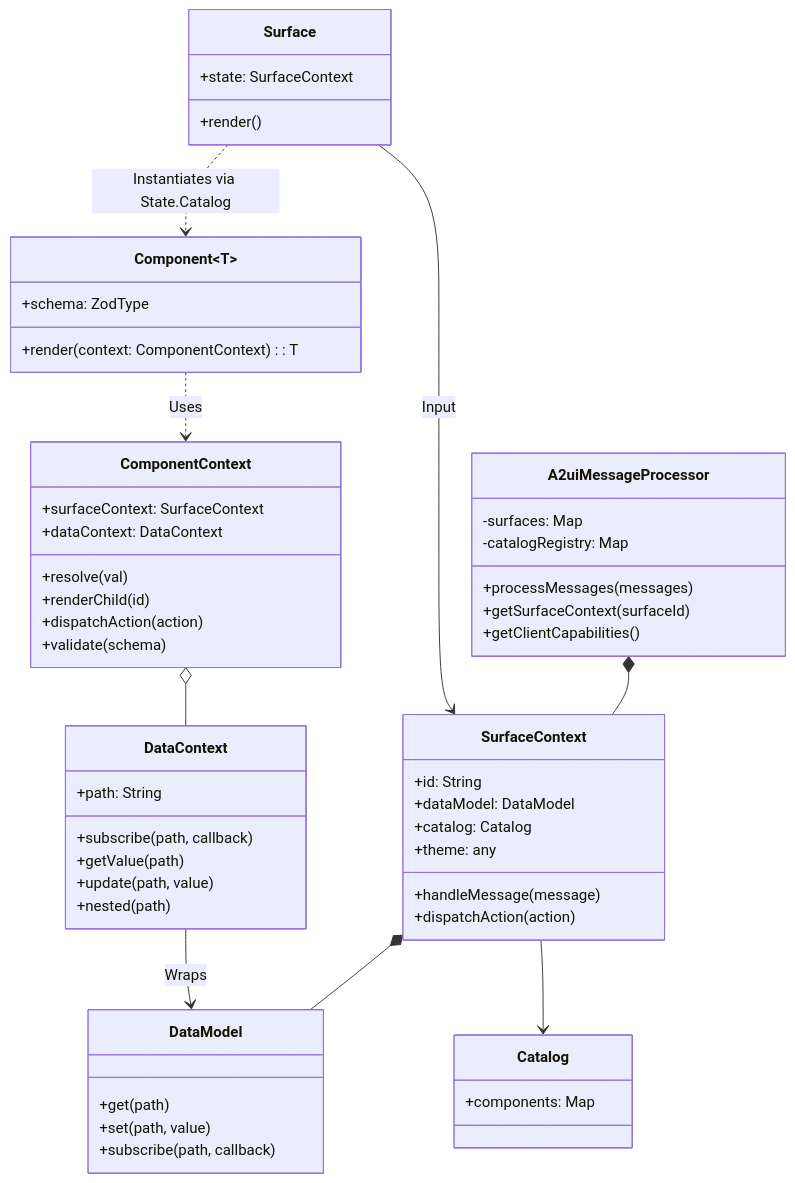
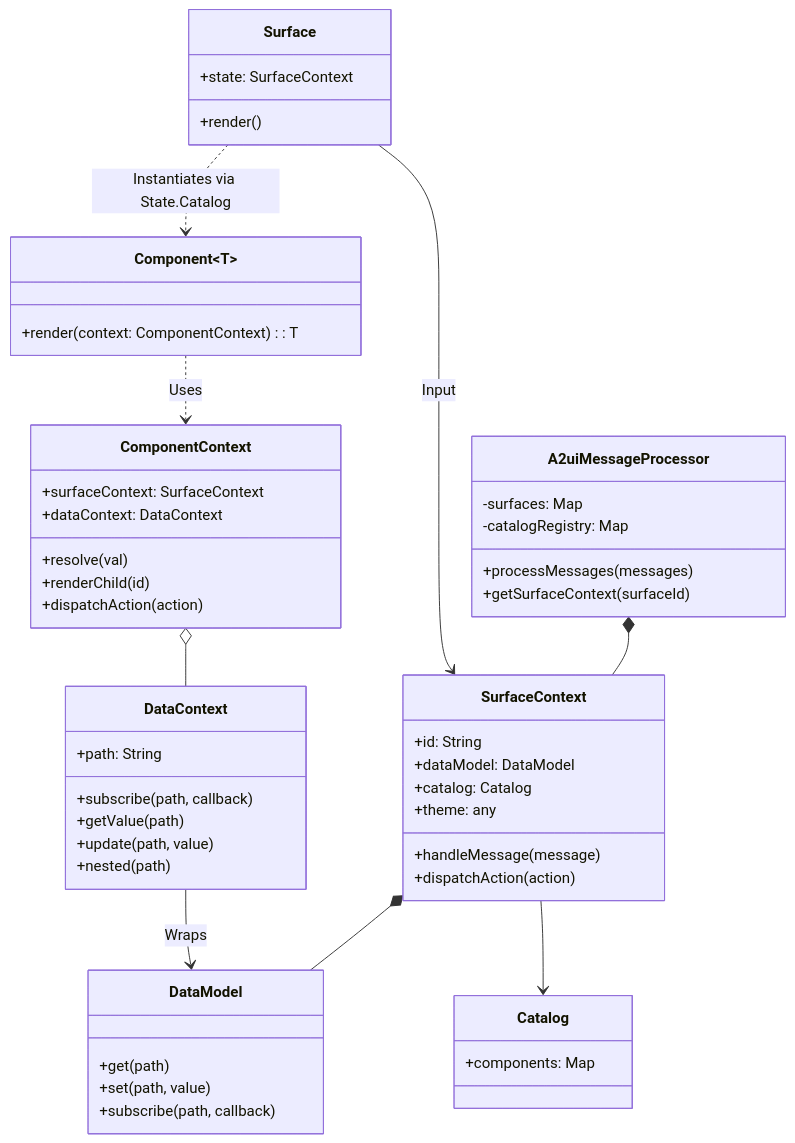
The diagram in specification/v0_9/docs/web_renderers.md (google/A2UI), drawn with Mermaid before and after one commit. The commit also changed other lines of this file, not shown here.

Commit message:
revert changes to the web renderers when I added schema handling

````diff
--- a/specification/v0_9/docs/web_renderers.md
+++ b/specification/v0_9/docs/web_renderers.md
@@ -56,65 +56,62 @@
 ```mermaid
 classDiagram
     class A2uiMessageProcessor {
         +processMessages(messages)
         +getSurfaceContext(surfaceId)
-        +getClientCapabilities()
         -surfaces: Map<String, SurfaceContext>
         -catalogRegistry: Map<String, Catalog>
     }
 
     class SurfaceContext {
         +id: String
         +dataModel: DataModel
         +catalog: Catalog
         +theme: any
         +handleMessage(message)
         +dispatchAction(action)
     }
 
     class DataModel {
         +get(path)
         +set(path, value)
         +subscribe(path, callback)
     }
 
     class DataContext {
         +path: String
         +subscribe(path, callback)
         +getValue(path)
         +update(path, value)
         +nested(path)
     }
 
     class Surface {
         +state: SurfaceContext
         +render()
     }
 
     class Catalog {
         +components: Map
     }
 
     class Component~T~ {
-        +schema: ZodType
         +render(context: ComponentContext): T
     }
 
     class ComponentContext {
         +surfaceContext: SurfaceContext
         +dataContext: DataContext
         +resolve(val)
         +renderChild(id)
         +dispatchAction(action)
-        +validate(schema)
     }
 
     A2uiMessageProcessor *-- SurfaceContext
     SurfaceContext *-- DataModel
     SurfaceContext --> Catalog
     Surface --> SurfaceContext : Input
     Surface ..> Component : Instantiates via State.Catalog
     Component ..> ComponentContext : Uses
     ComponentContext o-- DataContext
     DataContext --> DataModel : Wraps
 ```
````
